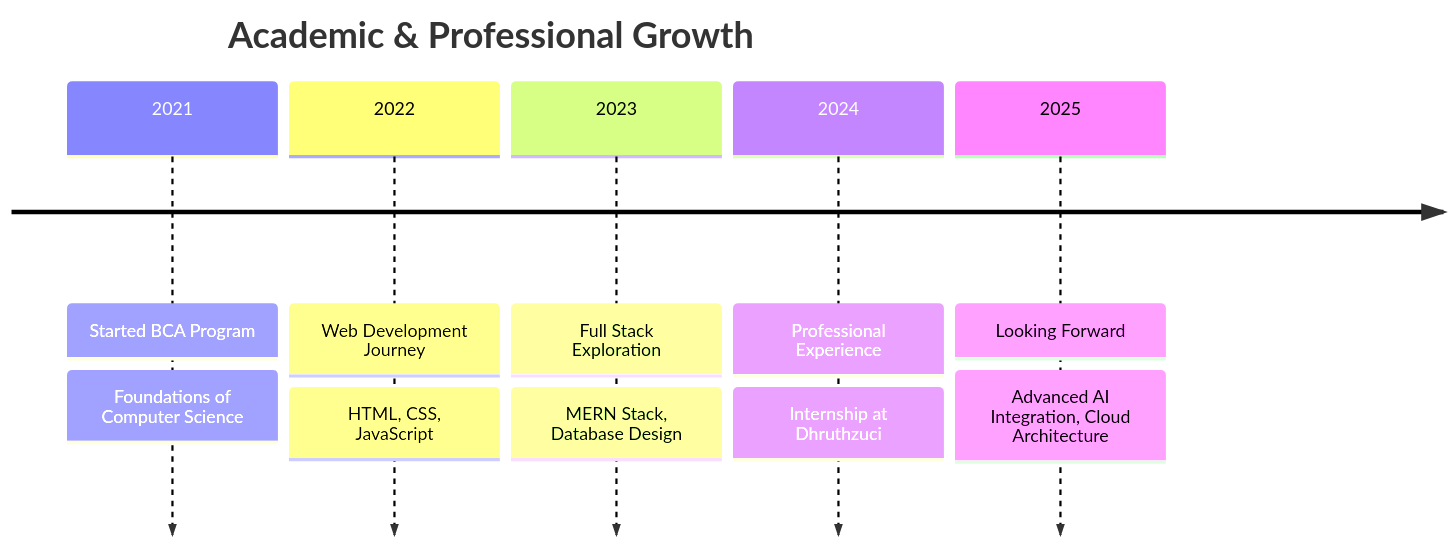
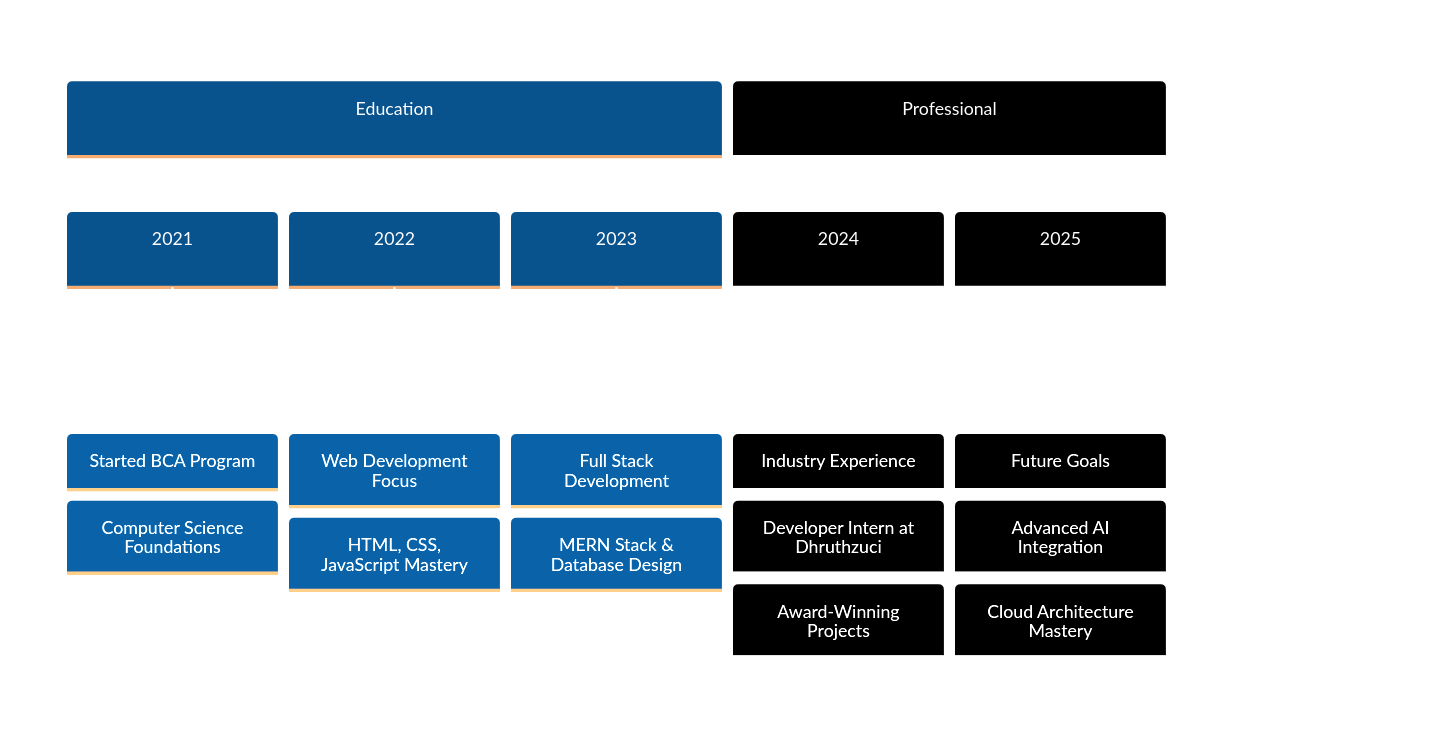
One commit to Lalith-04/Lalith-04 changed the diagram in README.md. Above: the diagram before and after it, drawn with Mermaid. The commit also changed other lines of this file, not shown here.

````diff
--- a/README.md
+++ b/README.md
@@ -278,9 +127,19 @@
 ```mermaid
+%%{init: {'theme':'base', 'themeVariables': { 'primaryColor': '#2196F3', 'primaryTextColor': '#fff', 'primaryBorderColor': '#2196F3', 'lineColor': '#2196F3', 'secondaryColor': '#006100', 'tertiaryColor': '#fff'}}}%%
 timeline
-    title Academic & Professional Growth
-    2021 : Started BCA Program : Foundations of Computer Science
-    2022 : Web Development Journey : HTML, CSS, JavaScript
-    2023 : Full Stack Exploration : MERN Stack, Database Design
-    2024 : Professional Experience : Internship at Dhruthzuci
-    2025 : Looking Forward : Advanced AI Integration, Cloud Architecture
+    title Professional & Academic Journey
+    section Education
+        2021 : Started BCA Program
+             : Computer Science Foundations
+        2022 : Web Development Focus
+             : HTML, CSS, JavaScript Mastery
+        2023 : Full Stack Development
+             : MERN Stack & Database Design
+    section Professional
+        2024 : Industry Experience
+             : Developer Intern at Dhruthzuci
+             : Award-Winning Projects
+        2025 : Future Goals
+             : Advanced AI Integration
+             : Cloud Architecture Mastery
 ```
````
